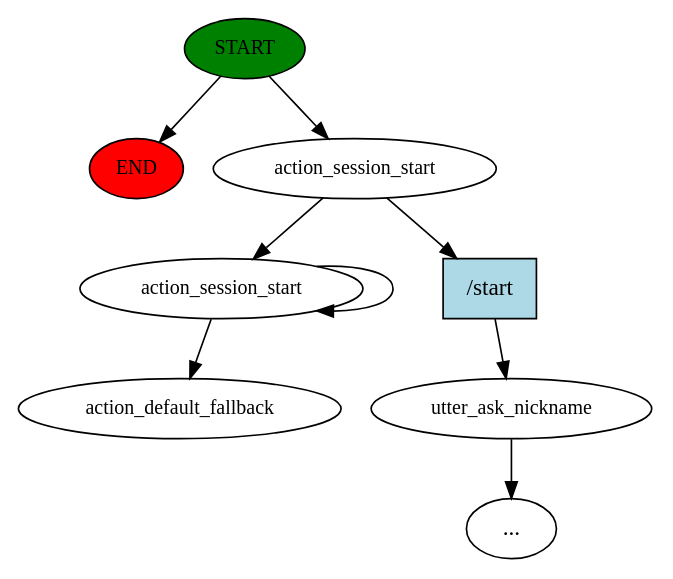
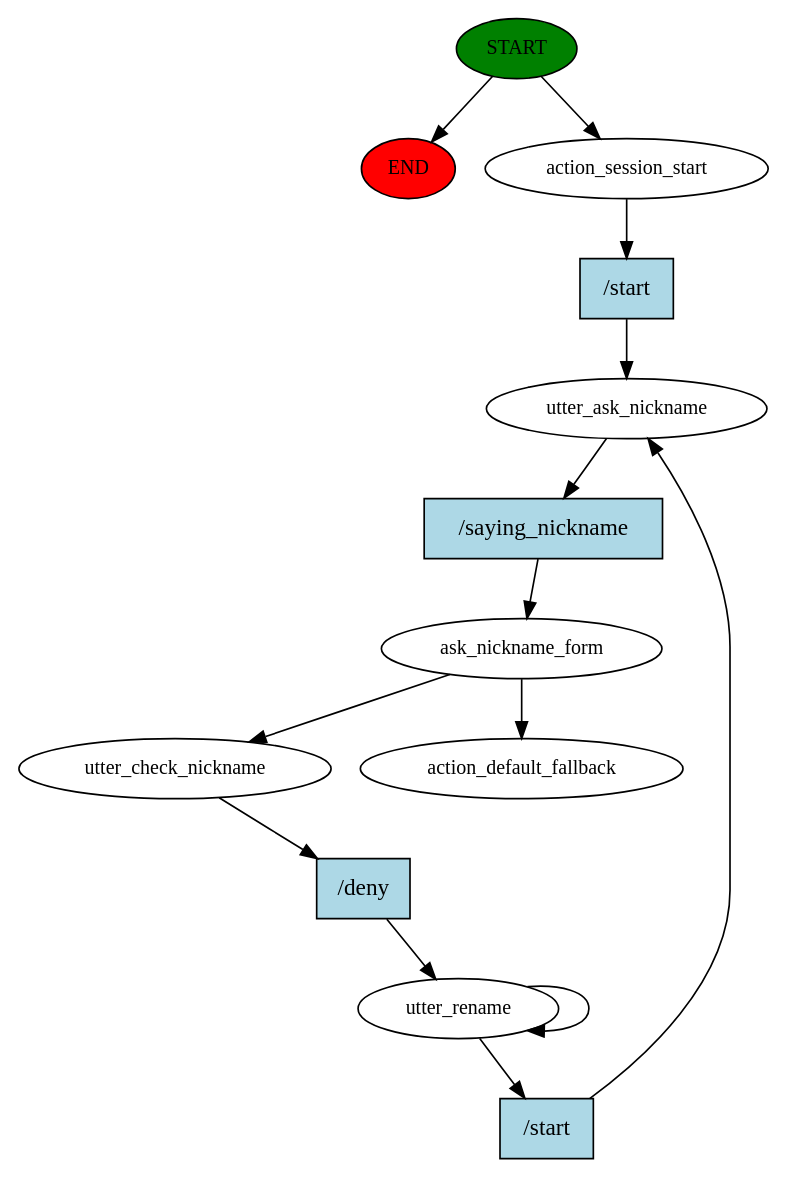
One commit to zeze98/RASA changed the diagram in story_graph.dot. Above: the diagram before and after it, drawn with Graphviz. The commit also changed 17 other files, not shown here.

```diff
--- a/story_graph.dot
+++ b/story_graph.dot
@@ -1,18 +1,27 @@
 digraph  {
 0 [class="start active", fillcolor=green, fontsize=12, label=START, style=filled];
 "-1" [class=end, fillcolor=red, fontsize=12, label=END, style=filled];
 1 [class=active, fontsize=12, label=action_session_start];
-2 [class="", fontsize=12, label=utter_ask_nickname];
-"-3" [class=ellipsis, label="..."];
-4 [class=active, fontsize=12, label=action_session_start];
-6 [class="dashed active", fontsize=12, label=action_default_fallback];
-7 [class=intent, fillcolor=lightblue, label="/start", shape=rect, style=filled];
+2 [class=active, fontsize=12, label=utter_ask_nickname];
+3 [class=active, fontsize=12, label=ask_nickname_form];
+4 [class=active, fontsize=12, label=utter_check_nickname];
+5 [class=active, fontsize=12, label=utter_rename];
+9 [class="dashed active", fontsize=12, label=action_default_fallback];
+10 [class="intent active", fillcolor=lightblue, label="/start", shape=rect, style=filled];
+11 [class="intent active", fillcolor=lightblue, label="/saying_nickname", shape=rect, style=filled];
+12 [class="intent active", fillcolor=lightblue, label="/deny", shape=rect, style=filled];
+13 [class="intent active", fillcolor=lightblue, label="/start", shape=rect, style=filled];
 0 -> "-1"  [class="", key=NONE, label=""];
 0 -> 1  [class=active, key=NONE, label=""];
-1 -> 4  [class=active, key=NONE, label=""];
-1 -> 7  [class="", key=0];
-2 -> "-3"  [class="", key=NONE, label=""];
-4 -> 6  [class=active, key=NONE, label=""];
-4 -> 4  [class=active, key=NONE, label=""];
-7 -> 2  [class="", key=0];
+1 -> 10  [class=active, key=0];
+2 -> 11  [class=active, key=0];
+3 -> 4  [class=active, key=NONE, label=""];
+3 -> 9  [class=active, key=NONE, label=""];
+4 -> 12  [class=active, key=0];
+5 -> 5  [class=active, key=NONE, label=""];
+5 -> 13  [class=active, key=0];
+10 -> 2  [class=active, key=0];
+11 -> 3  [class=active, key=0];
+12 -> 5  [class=active, key=0];
+13 -> 2  [class=active, key=0];
 }
```
